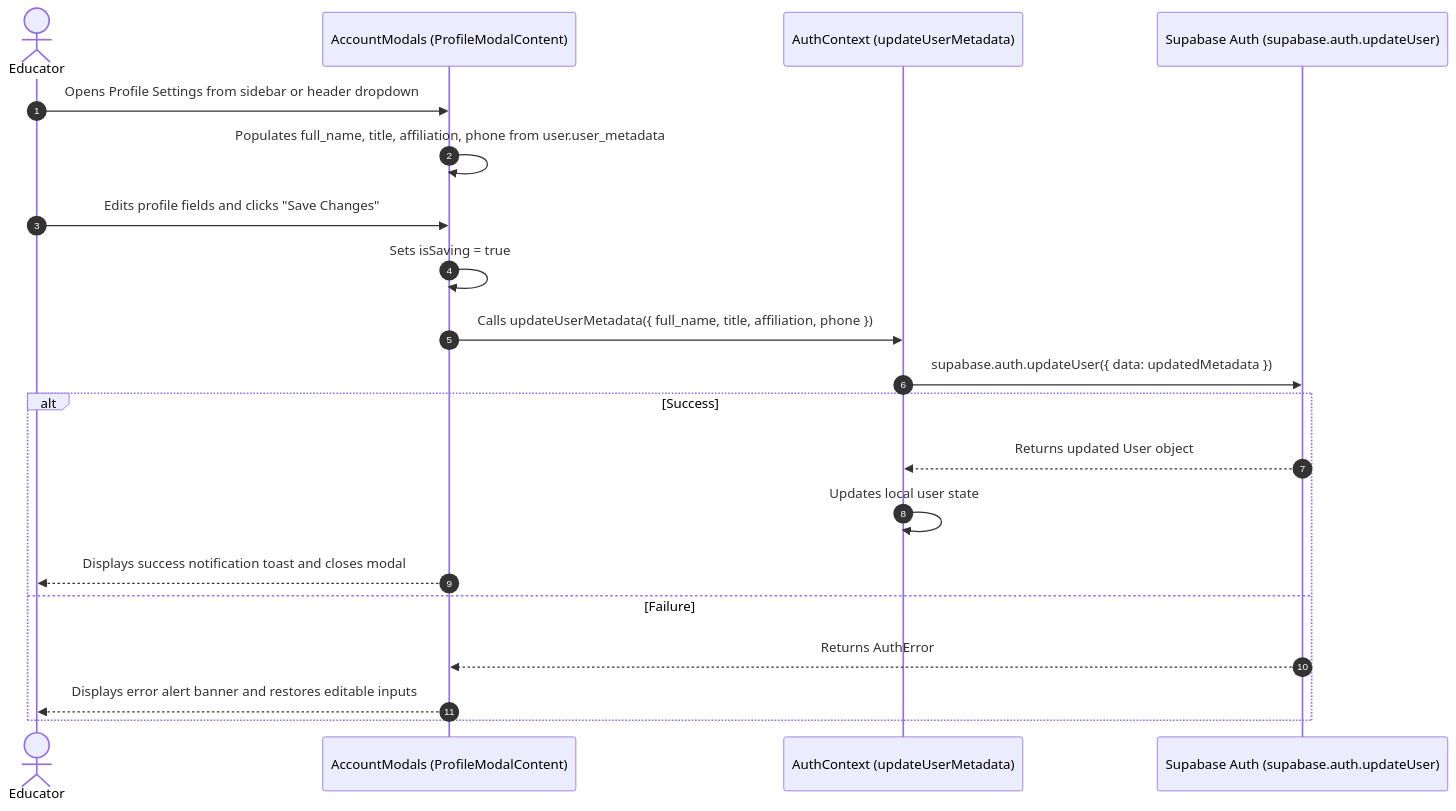
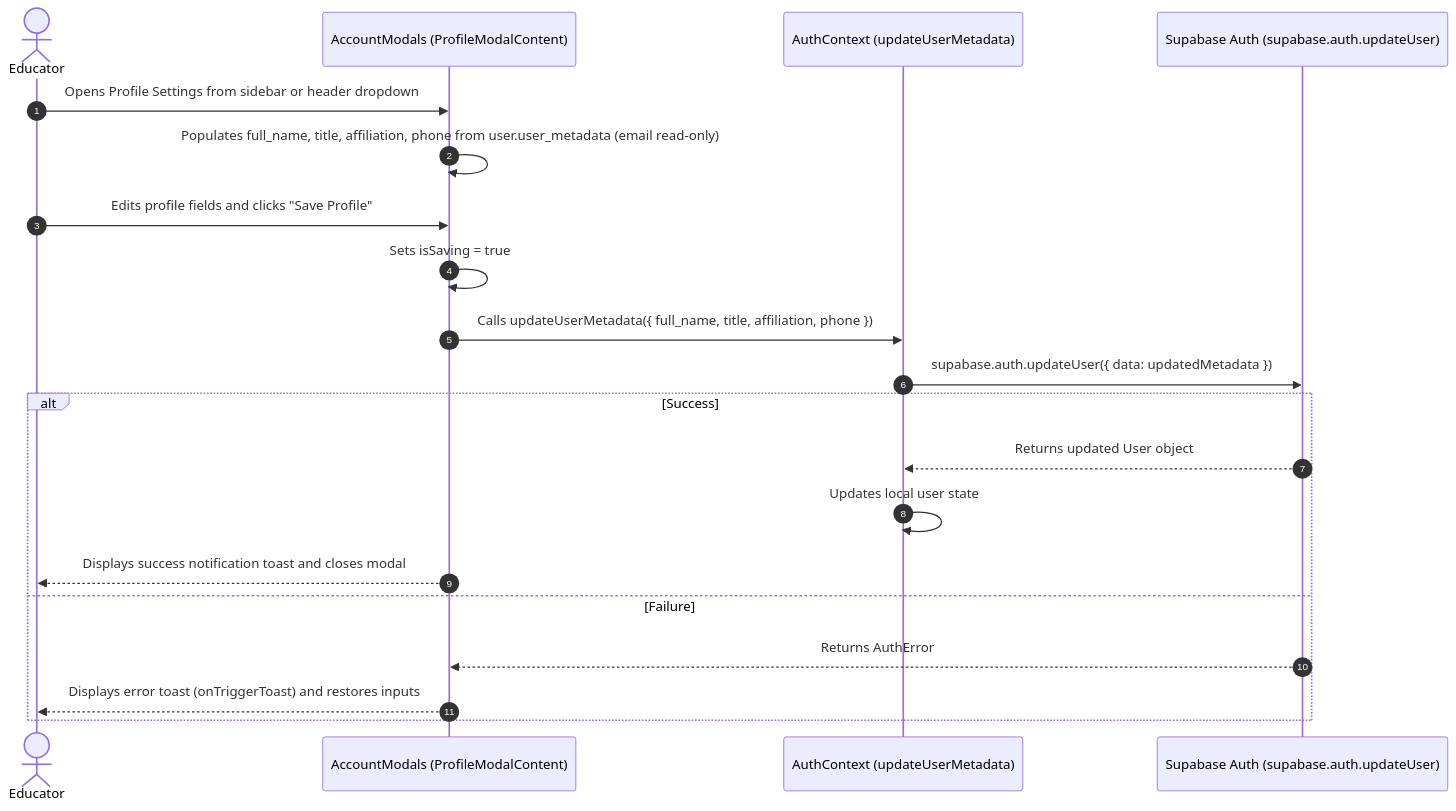
Before and after one commit to VictorBravo9er/Teacher-Assistant-Workspace: the first of 3 diagrams in docs/systems/workflows/account_management_workflows.md, drawn with Mermaid. The commit also changed other lines of this file and 43 other files, not shown here.

````diff
--- a/docs/systems/workflows/account_management_workflows.md
+++ b/docs/systems/workflows/account_management_workflows.md
@@ -11,23 +11,23 @@
 ```mermaid
 sequenceDiagram
     autonumber
     actor Teacher as Educator
     participant UI as AccountModals (ProfileModalContent)
     participant Auth as AuthContext (updateUserMetadata)
     participant Supa as Supabase Auth (supabase.auth.updateUser)
 
     Teacher->>UI: Opens Profile Settings from sidebar or header dropdown
-    UI->>UI: Populates full_name, title, affiliation, phone from user.user_metadata
-    Teacher->>UI: Edits profile fields and clicks "Save Changes"
+    UI->>UI: Populates full_name, title, affiliation, phone from user.user_metadata (email read-only)
+    Teacher->>UI: Edits profile fields and clicks "Save Profile"
     UI->>UI: Sets isSaving = true
     UI->>Auth: Calls updateUserMetadata({ full_name, title, affiliation, phone })
     Auth->>Supa: supabase.auth.updateUser({ data: updatedMetadata })
     alt Success
         Supa-->>Auth: Returns updated User object
         Auth->>Auth: Updates local user state
         UI-->>Teacher: Displays success notification toast and closes modal
     else Failure
         Supa-->>UI: Returns AuthError
-        UI-->>Teacher: Displays error alert banner and restores editable inputs
+        UI-->>Teacher: Displays error toast (onTriggerToast) and restores inputs
     end
 ```
````
